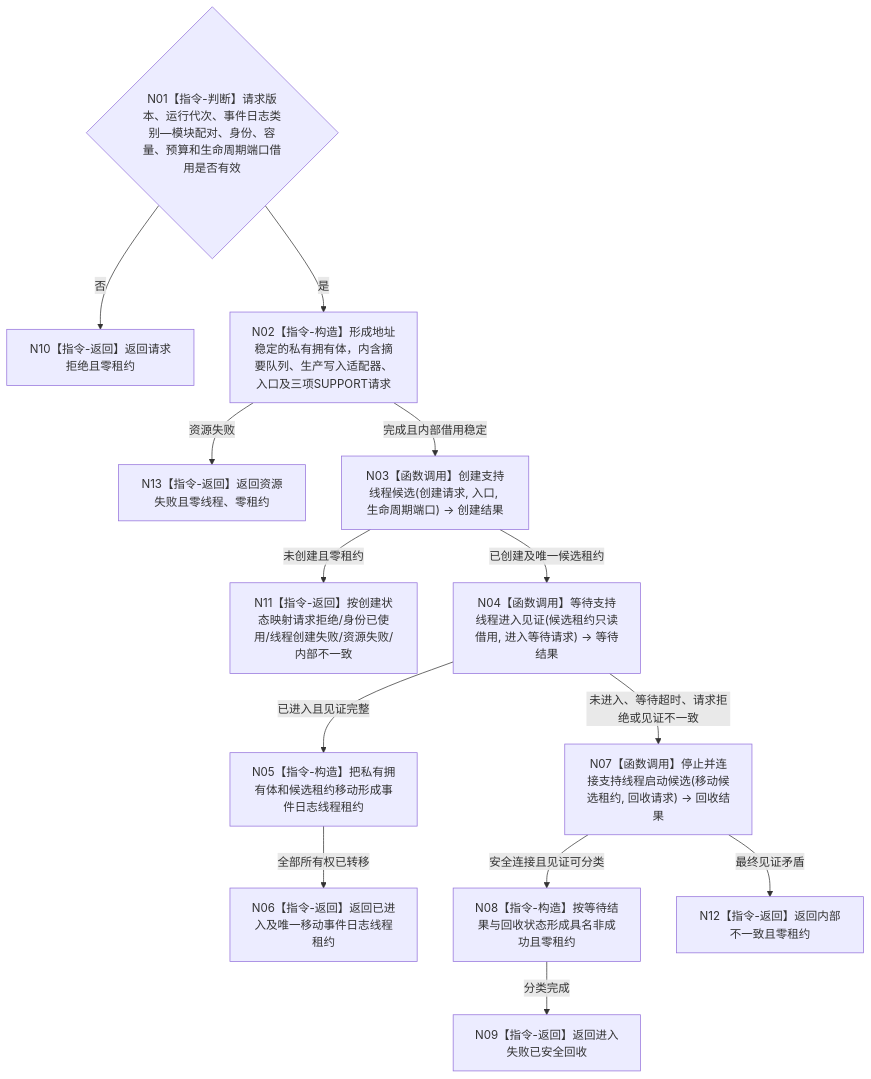
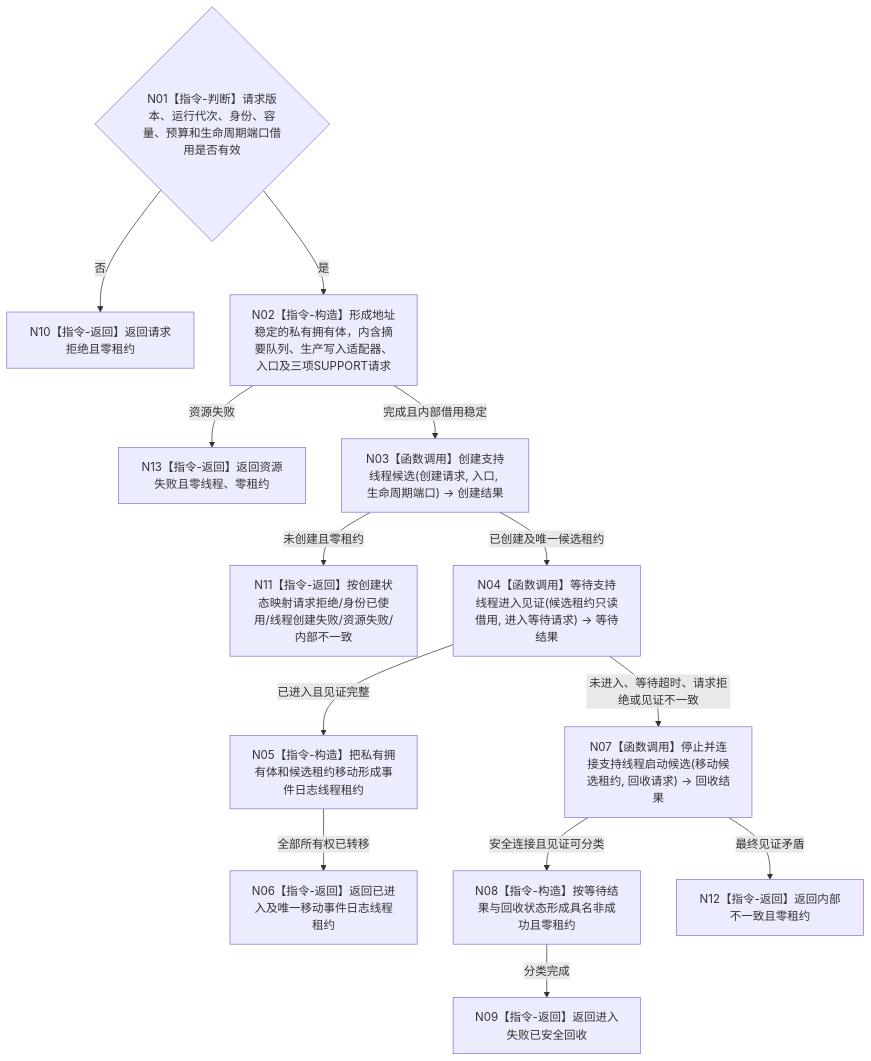
Before and after one commit to chunhaizh-cyber/HY-Ego: the diagram in 流程图/目标业务流程图/L3/BIZ-L3-001-04-01_启动事件日志线程_目标函数流程图_v0.2.md, drawn with Mermaid. The commit also changed other lines of this file and 14 other files, not shown here.

````diff
--- a/流程图/目标业务流程图/L3/BIZ-L3-001-04-01_启动事件日志线程_目标函数流程图_v0.2.md
+++ b/流程图/目标业务流程图/L3/BIZ-L3-001-04-01_启动事件日志线程_目标函数流程图_v0.2.md
@@ -32,15 +32,15 @@
 ```mermaid
 flowchart TD
-    N01{"N01【指令-判断】请求版本、运行代次、事件日志类别—模块配对、身份、容量、预算和生命周期端口借用是否有效"} -->|否| N10["N10【指令-返回】返回请求拒绝且零租约"]
+    N01{"N01【指令-判断】请求版本、运行代次、身份、容量、预算和生命周期端口借用是否有效"} -->|否| N10["N10【指令-返回】返回请求拒绝且零租约"]
     N01 -->|是| N02["N02【指令-构造】形成地址稳定的私有拥有体，内含摘要队列、生产写入适配器、入口及三项SUPPORT请求"]
     N02 -->|资源失败| N13["N13【指令-返回】返回资源失败且零线程、零租约"]
     N02 -->|完成且内部借用稳定| N03["N03【函数调用】创建支持线程候选(创建请求, 入口, 生命周期端口) -> 创建结果"]
     N03 -->|未创建且零租约| N11["N11【指令-返回】按创建状态映射请求拒绝/身份已使用/线程创建失败/资源失败/内部不一致"]
     N03 -->|已创建及唯一候选租约| N04["N04【函数调用】等待支持线程进入见证(候选租约只读借用, 进入等待请求) -> 等待结果"]
     N04 -->|已进入且见证完整| N05["N05【指令-构造】把私有拥有体和候选租约移动形成事件日志线程租约"]
     N05 -->|全部所有权已转移| N06["N06【指令-返回】返回已进入及唯一移动事件日志线程租约"]
     N04 -->|未进入、等待超时、请求拒绝或见证不一致| N07["N07【函数调用】停止并连接支持线程启动候选(移动候选租约, 回收请求) -> 回收结果"]
     N07 -->|安全连接且见证可分类| N08["N08【指令-构造】按等待结果与回收状态形成具名非成功且零租约"]
     N08 -->|分类完成| N09["N09【指令-返回】返回进入失败已安全回收"]
     N07 -->|最终见证矛盾| N12["N12【指令-返回】返回内部不一致且零租约"]
 ```
````
